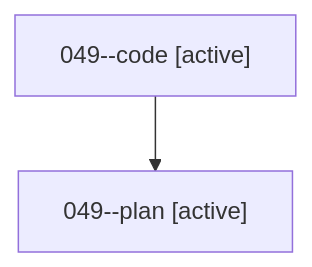
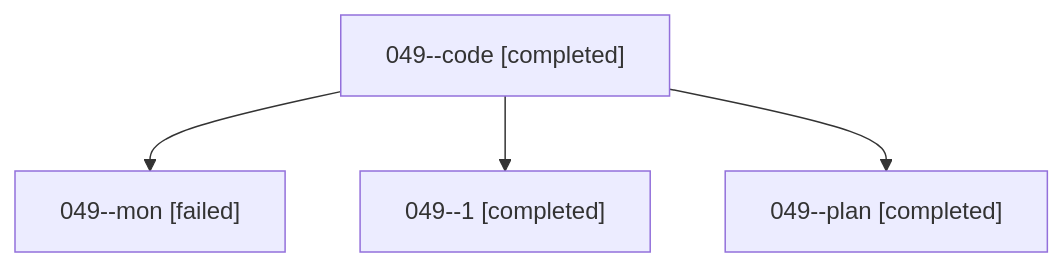
The diagram in families/bbugyi200.athena.049.md (sase-org/sase--agents), drawn with Mermaid before and after one commit. The commit also changed other lines of this file and 51 other files, not shown here.

````diff
--- a/families/bbugyi200.athena.049.md
+++ b/families/bbugyi200.athena.049.md
@@ -9,6 +9,10 @@
 ```mermaid
 flowchart TD
-  n0["049--code [active]"]
-  n1["049--plan [active]"]
+  n0["049--code [completed]"]
+  n1["049--mon [failed]"]
   n0 --> n1
+  n2["049--1 [completed]"]
+  n0 --> n2
+  n3["049--plan [completed]"]
+  n0 --> n3
 ```
````
